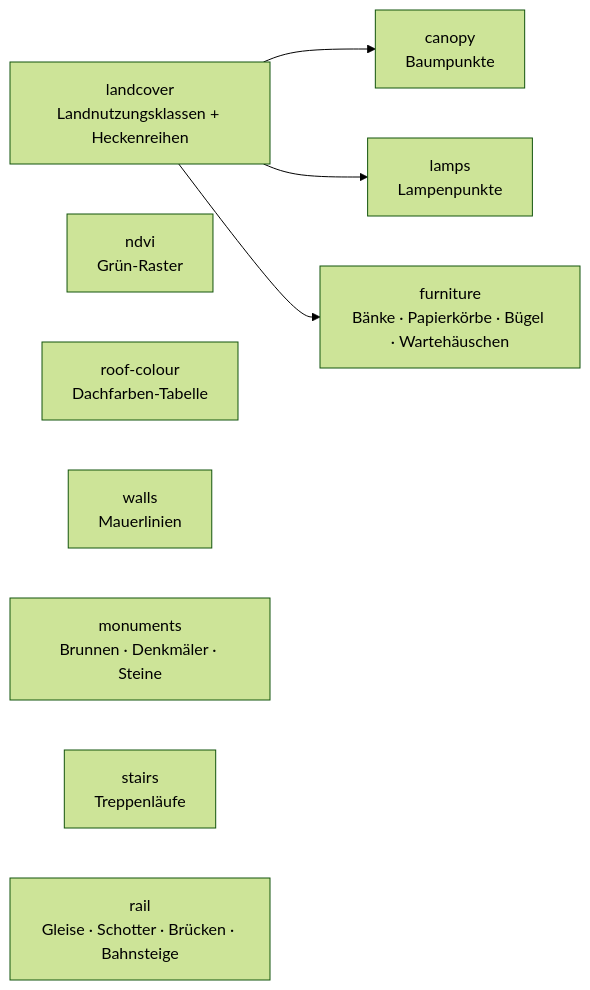
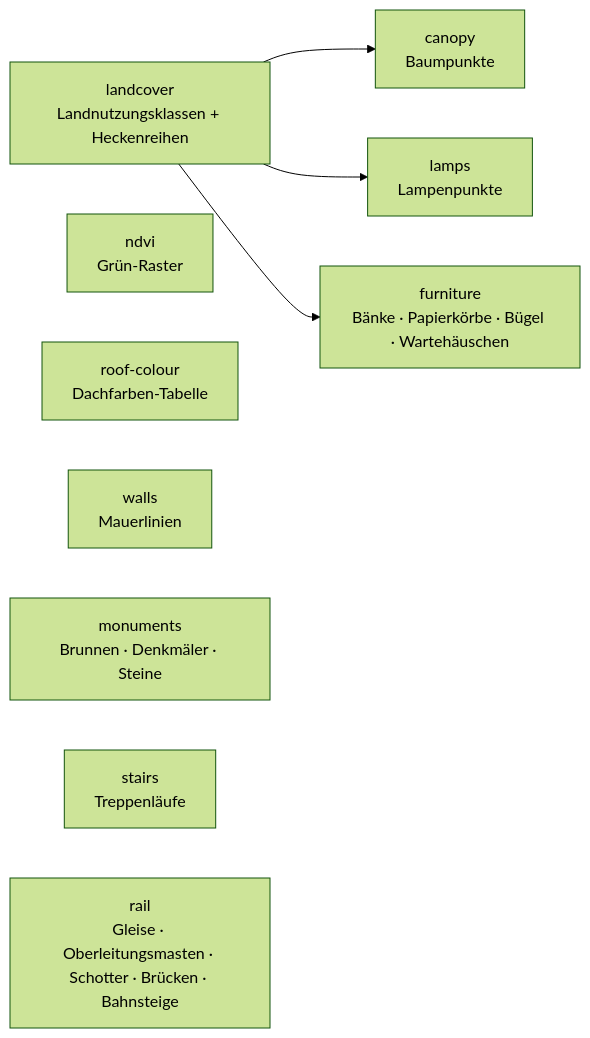
Before and after one commit to mdugue/bridge: the second of 2 diagrams in docs/guide/de/data-journey.md, drawn with Mermaid (forest theme). The commit also changed other lines of this file and 29 other files, not shown here.

````diff
--- a/docs/guide/de/data-journey.md
+++ b/docs/guide/de/data-journey.md
@@ -75,12 +75,12 @@
 ```mermaid
 flowchart LR
   DLM["landcover<br/>Landnutzungsklassen + Heckenreihen"] --> CAN["canopy<br/>Baumpunkte"]
   DLM --> LAMP["lamps<br/>Lampenpunkte"]
   DLM --> FURN["furniture<br/>Bänke · Papierkörbe · Bügel · Wartehäuschen"]
   NDVI["ndvi<br/>Grün-Raster"]
   ROOF["roof-colour<br/>Dachfarben-Tabelle"]
   WALL["walls<br/>Mauerlinien"]
   MON["monuments<br/>Brunnen · Denkmäler · Steine"]
   STAIR["stairs<br/>Treppenläufe"]
-  RAIL["rail<br/>Gleise · Schotter · Brücken · Bahnsteige"]
+  RAIL["rail<br/>Gleise · Oberleitungsmasten · Schotter · Brücken · Bahnsteige"]
 ```
````
